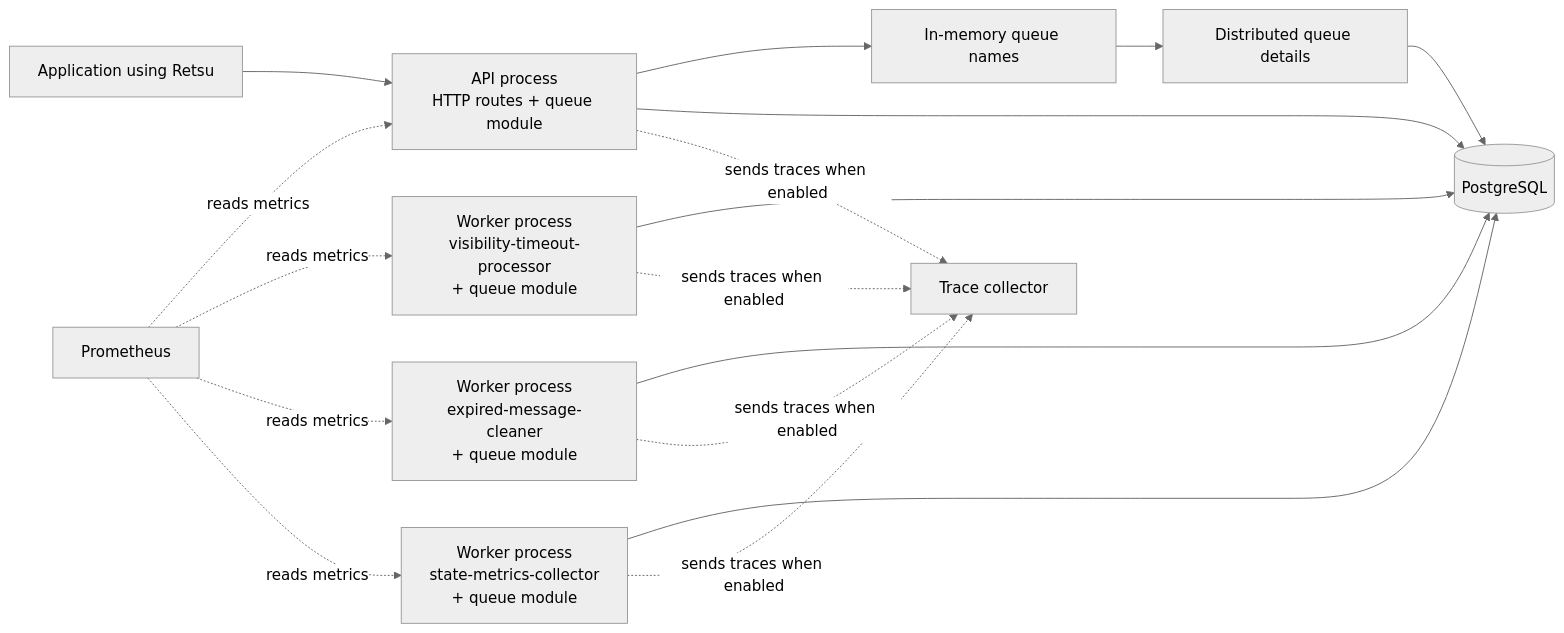
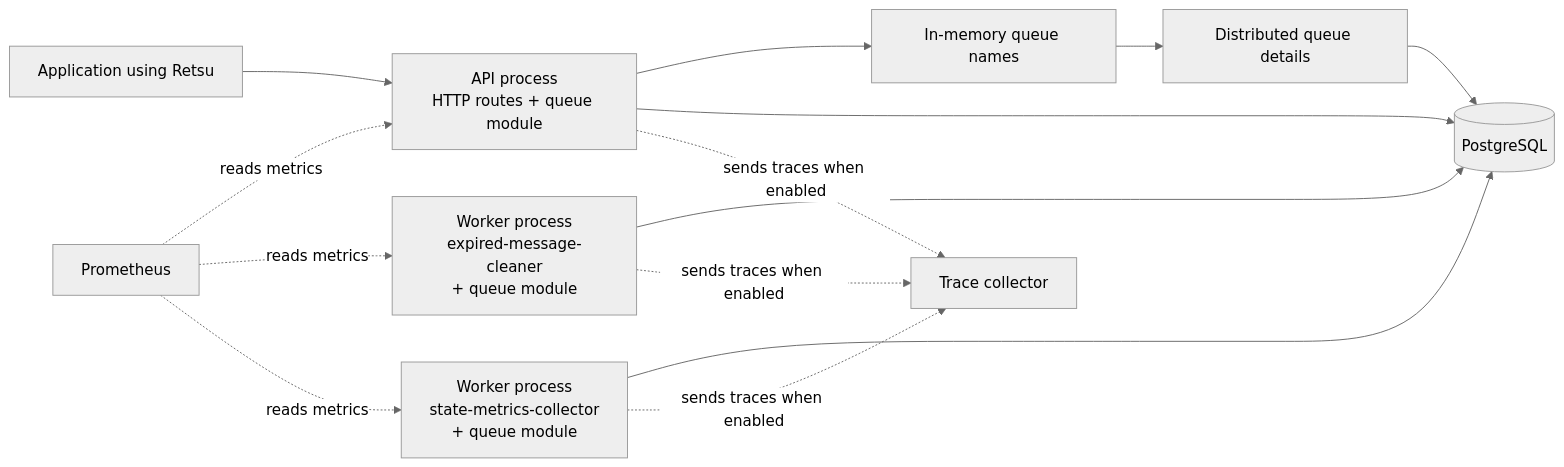
One commit to karanbalani/retsu changed the first of 2 diagrams in docs/architecture.md. Above: the diagram before and after it, drawn with Mermaid (neutral theme). The commit also changed other lines of this file and 30 other files, not shown here.

First line of the commit message:
refactor(queue): adopt time-based visibility leases (#36)

````diff
--- a/docs/architecture.md
+++ b/docs/architecture.md
@@ -9,19 +9,16 @@
 ```mermaid
 flowchart LR
     Client["Application using Retsu"] --> API["API process<br/>HTTP routes + queue module"]
     API --> Memory["In-memory queue names"]
     Memory --> Distributed["Distributed queue details"]
     Distributed --> Database[("PostgreSQL")]
-    Timeout["Worker process<br/>visibility-timeout-processor<br/>+ queue module"] --> Database
     Cleaner["Worker process<br/>expired-message-cleaner<br/>+ queue module"] --> Database
     State["Worker process<br/>state-metrics-collector<br/>+ queue module"] --> Database
     API --> Database
     Prometheus["Prometheus"] -. "reads metrics" .-> API
-    Prometheus -. "reads metrics" .-> Timeout
     Prometheus -. "reads metrics" .-> Cleaner
     Prometheus -. "reads metrics" .-> State
     API -. "sends traces when enabled" .-> Collector["Trace collector"]
-    Timeout -. "sends traces when enabled" .-> Collector
     Cleaner -. "sends traces when enabled" .-> Collector
     State -. "sends traces when enabled" .-> Collector
 ```
````
